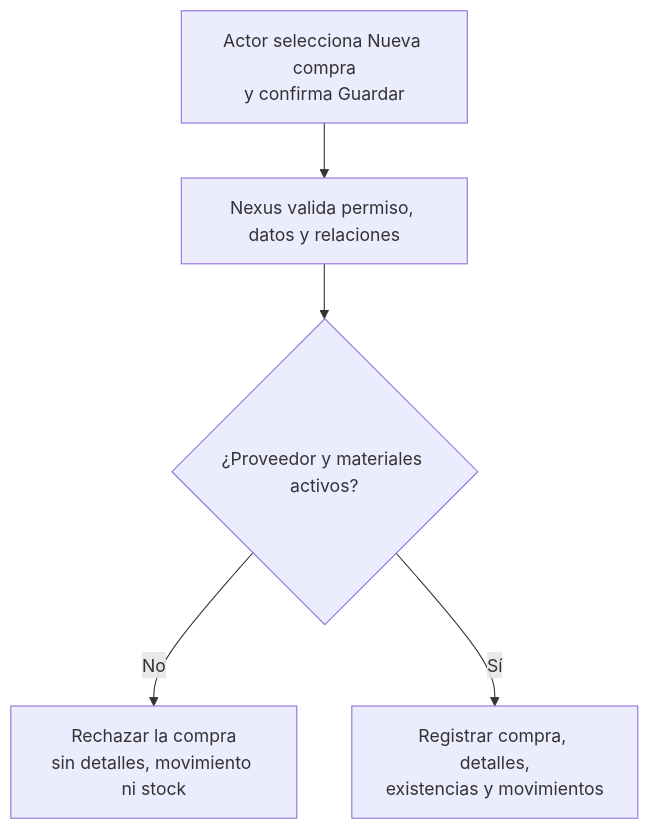
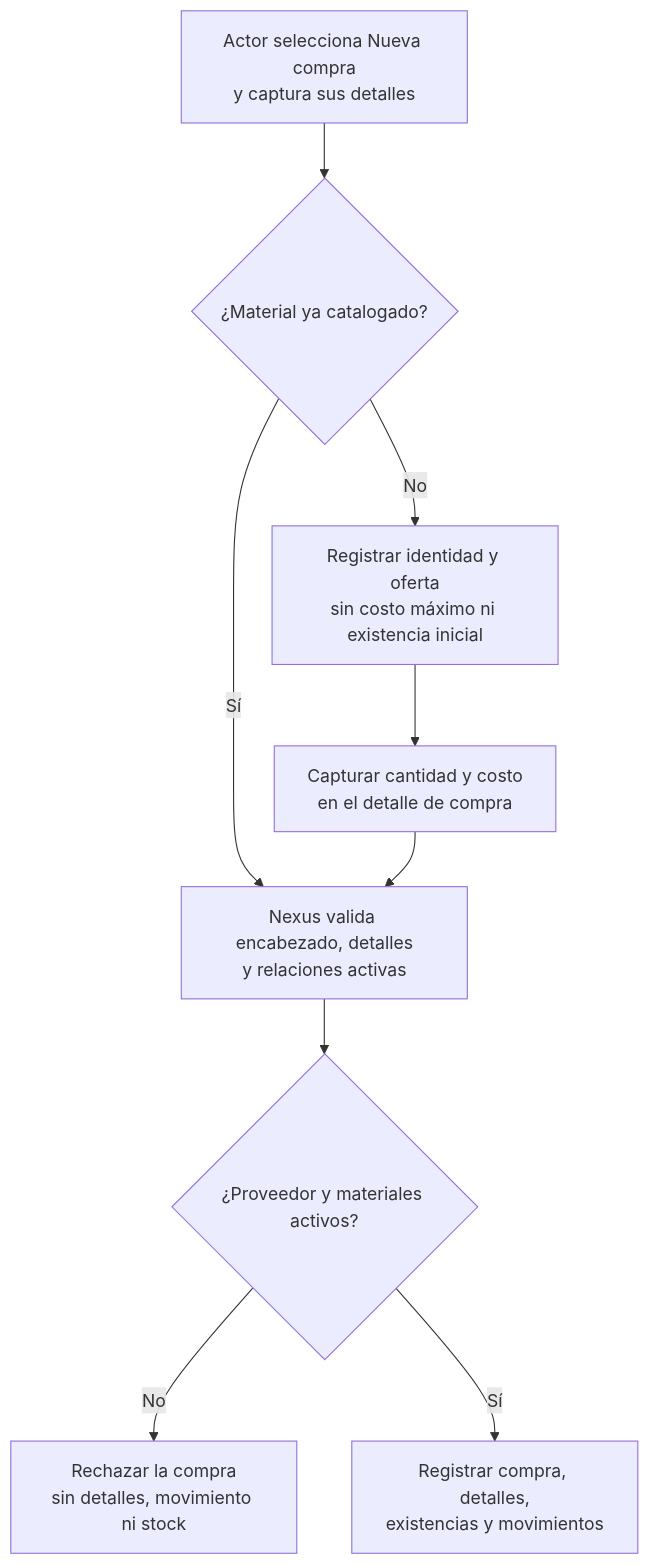
One commit to gpgsistemas01/nexus changed the diagram in docs/requirements/diagrams/purchases/cu-ent-02.md. Above: the diagram before and after it, drawn with Mermaid. The commit also changed 16 other files, not shown here.

````diff
--- a/docs/requirements/diagrams/purchases/cu-ent-02.md
+++ b/docs/requirements/diagrams/purchases/cu-ent-02.md
@@ -3,8 +3,12 @@
 ```mermaid
 flowchart TD
     accTitle: CU-ENT-02 — Crear compra de material
-    request["Actor selecciona Nueva compra<br/>y confirma Guardar"] --> validate["Nexus valida permiso, datos y relaciones"]
+    request["Actor selecciona Nueva compra<br/>y captura sus detalles"] --> catalogued{"¿Material ya catalogado?"}
+    catalogued -->|No| create["Registrar identidad y oferta<br/>sin costo máximo ni existencia inicial"]
+    catalogued -->|Sí| validate
+    create --> detail["Capturar cantidad y costo<br/>en el detalle de compra"]
+    detail --> validate["Nexus valida encabezado, detalles<br/>y relaciones activas"]
     validate --> active{"¿Proveedor y materiales activos?"}
     active -->|No| reject["Rechazar la compra<br/>sin detalles, movimiento ni stock"]
     active -->|Sí| result["Registrar compra, detalles,<br/>existencias y movimientos"]
 ```
````
